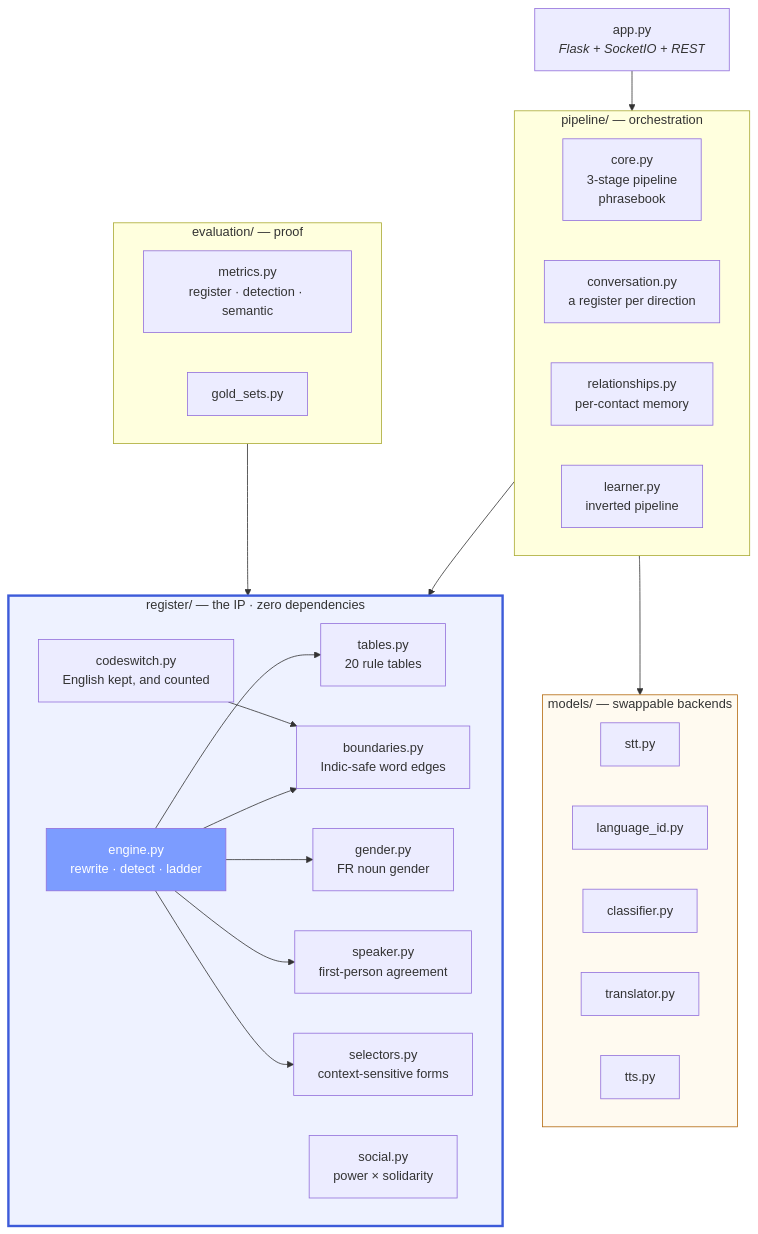
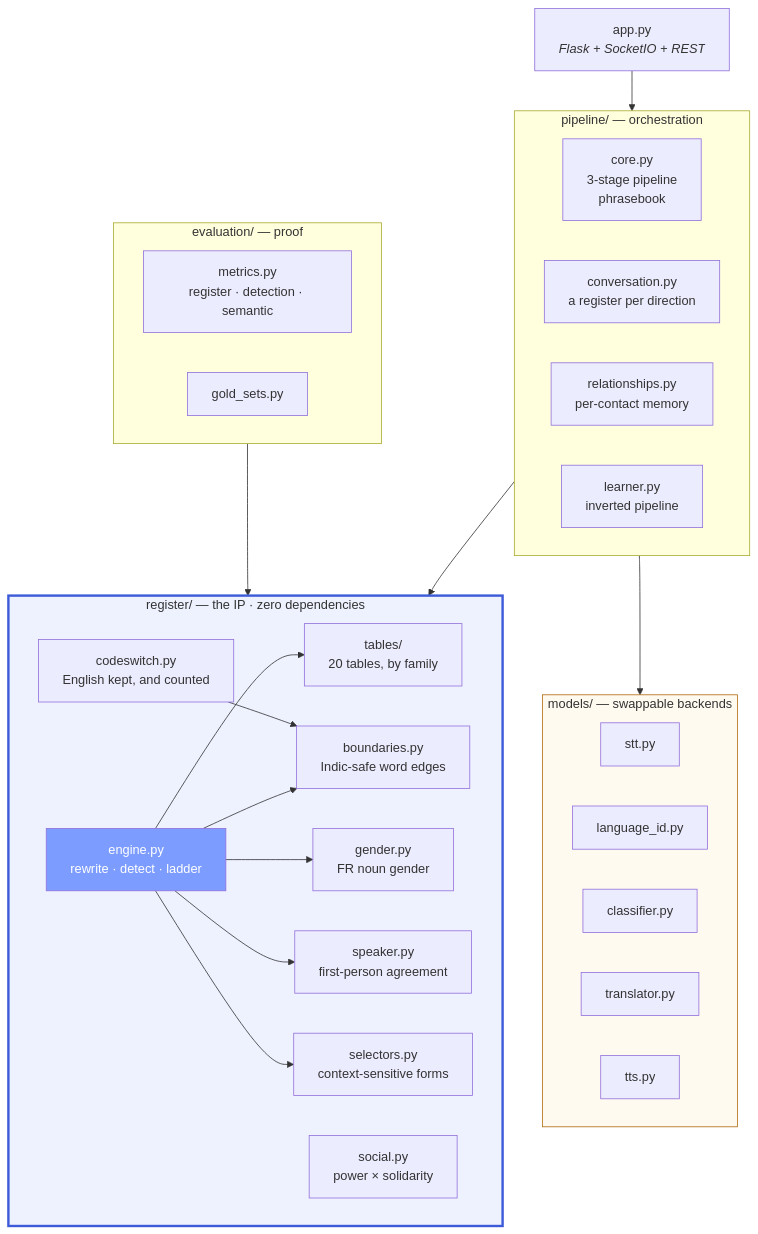
The diagram in README.md (ardhendudebnath/register-aware-translation), drawn with Mermaid before and after one commit. The commit also changed other lines of this file and 8 other files, not shown here.

First line of the commit message:
Split the tables into one module per language family

````diff
--- a/README.md
+++ b/README.md
@@ -142,46 +142,46 @@
 ```mermaid
 flowchart TD
     APP["app.py<br/><i>Flask + SocketIO + REST</i>"]
 
     subgraph PIPE["pipeline/ — orchestration"]
         CORE["core.py<br/>3-stage pipeline<br/>phrasebook"]
         CONV["conversation.py<br/>a register per direction"]
         REL["relationships.py<br/>per-contact memory"]
         LEARN["learner.py<br/>inverted pipeline"]
     end
 
     subgraph REG["register/ — the IP · zero dependencies"]
-        TAB["tables.py<br/>20 rule tables"]
+        TAB["tables/<br/>20 tables, by family"]
         ENG["engine.py<br/>rewrite · detect · ladder"]
         BOUND["boundaries.py<br/>Indic-safe word edges"]
         CS["codeswitch.py<br/>English kept, and counted"]
         SOC["social.py<br/>power × solidarity"]
         GEN["gender.py<br/>FR noun gender"]
         SPK["speaker.py<br/>first-person agreement"]
         SEL["selectors.py<br/>context-sensitive forms"]
     end
 
     subgraph MOD["models/ — swappable backends"]
         STT["stt.py"]
         LID["language_id.py"]
         CLF["classifier.py"]
         MT2["translator.py"]
         TTS2["tts.py"]
     end
 
     subgraph EVAL["evaluation/ — proof"]
         MET["metrics.py<br/>register · detection · semantic"]
         GOLD["gold_sets.py"]
     end
 
     APP --> PIPE
     PIPE --> REG
     PIPE --> MOD
     EVAL --> REG
     ENG --> TAB & BOUND & GEN & SPK & SEL
     CS --> BOUND
 
     style REG fill:#eef2ff,stroke:#3d5bd9,stroke-width:3px
     style ENG fill:#7c9cff,color:#fff
     style MOD fill:#fffaf0,stroke:#b4690e
 ```
````
